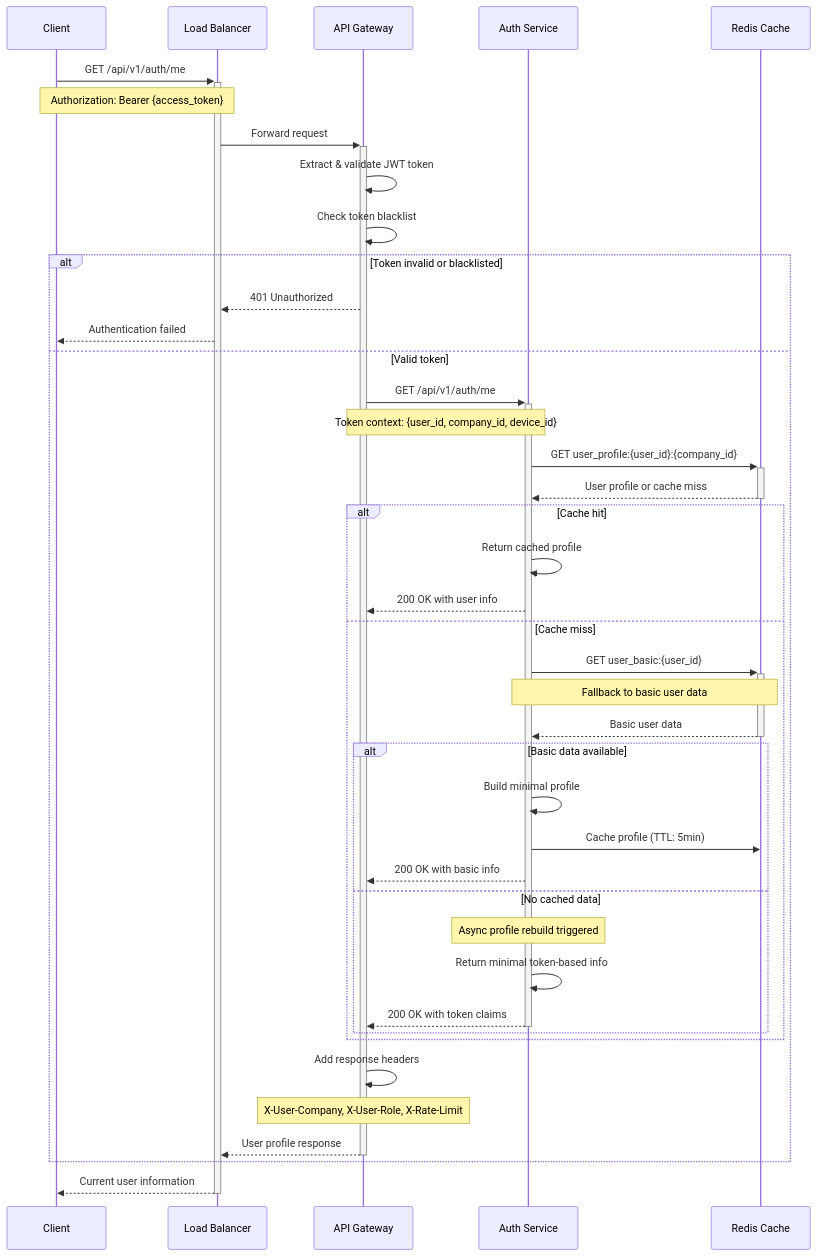
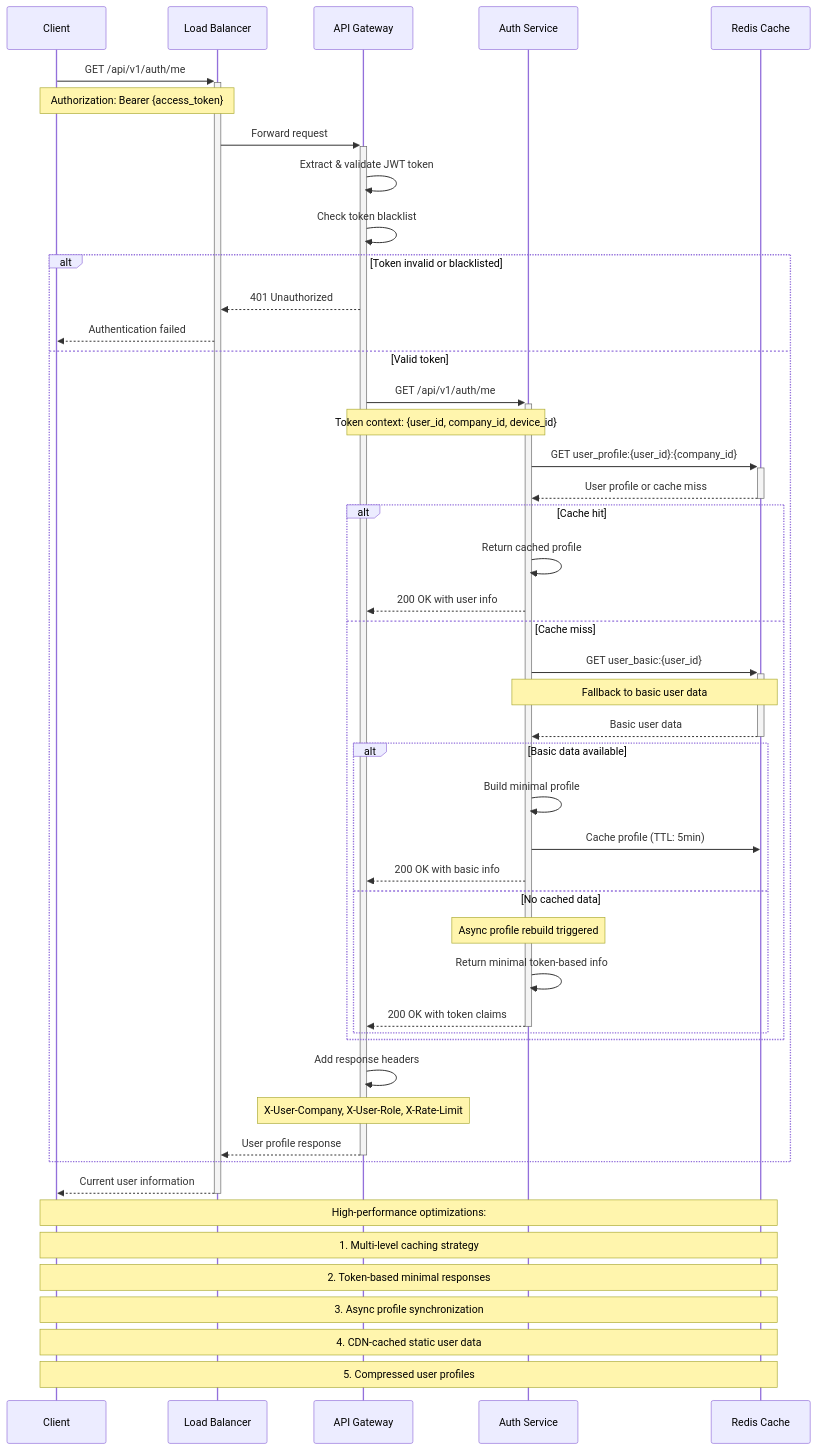
Before and after one commit to Youknow2509/cio_verify_face: the diagram in doc/sequence_diagrams/auth/me.mmd, drawn with Mermaid. The commit also changed 46 other files, not shown here.

```diff
--- a/doc/sequence_diagrams/auth/me.mmd
+++ b/doc/sequence_diagrams/auth/me.mmd
@@ -1,50 +1,57 @@
 sequenceDiagram
     participant Client as Client
     participant LB as Load Balancer
     participant Gateway as API Gateway
     participant Auth as Auth Service
     participant Cache as Redis Cache
 
     Client->>+LB: GET /api/v1/auth/me
     Note over Client,LB: Authorization: Bearer {access_token}
     
     LB->>+Gateway: Forward request
     Gateway->>Gateway: Extract & validate JWT token
     Gateway->>Gateway: Check token blacklist
     
     alt Token invalid or blacklisted
         Gateway-->>LB: 401 Unauthorized
         LB-->>Client: Authentication failed
     else Valid token
         Gateway->>+Auth: GET /api/v1/auth/me
         Note over Gateway,Auth: Token context: {user_id, company_id, device_id}
         
         Auth->>+Cache: GET user_profile:{user_id}:{company_id}
         Cache-->>-Auth: User profile or cache miss
         
         alt Cache hit
             Auth->>Auth: Return cached profile
             Auth-->>Gateway: 200 OK with user info
         else Cache miss
             Auth->>+Cache: GET user_basic:{user_id}
             Note over Auth,Cache: Fallback to basic user data
             Cache-->>-Auth: Basic user data
             
             alt Basic data available
                 Auth->>Auth: Build minimal profile
                 Auth->>Cache: Cache profile (TTL: 5min)
                 Auth-->>Gateway: 200 OK with basic info
             else No cached data
                 Note over Auth: Async profile rebuild triggered
                 Auth->>Auth: Return minimal token-based info
                 Auth-->>-Gateway: 200 OK with token claims
             end
         end
         
         Gateway->>Gateway: Add response headers
         Note over Gateway: X-User-Company, X-User-Role, X-Rate-Limit
         
         Gateway-->>-LB: User profile response
     end
     
     LB-->>-Client: Current user information
+    
+    Note over Client,Cache: High-performance optimizations:
+    Note over Client,Cache: 1. Multi-level caching strategy
+    Note over Client,Cache: 2. Token-based minimal responses
+    Note over Client,Cache: 3. Async profile synchronization
+    Note over Client,Cache: 4. CDN-cached static user data
+    Note over Client,Cache: 5. Compressed user profiles
```
